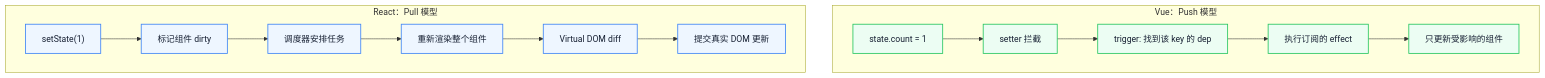
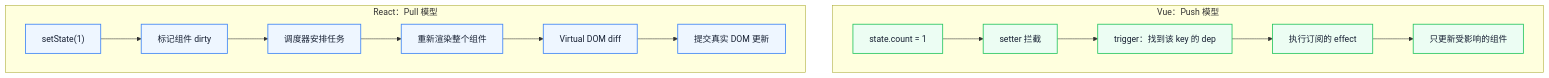
One commit to Fatejian/frontier-vault changed the third of 3 diagrams in docs/frameworks/vue3-reactivity.md. Above: the diagram before and after it, drawn with Mermaid. The commit also changed other lines of this file and 41 other files, not shown here.

````diff
--- a/docs/frameworks/vue3-reactivity.md
+++ b/docs/frameworks/vue3-reactivity.md
@@ -688,30 +637,29 @@
 ```mermaid
-%%{init: {'theme': 'base', 'themeVariables': { 'fontFamily': 'Inter, PingFang SC, Microsoft YaHei, sans-serif', 'primaryColor': '#EEF6FF', 'primaryTextColor': '#172033', 'primaryBorderColor': '#6EA8FE', 'lineColor': '#8A94A6', 'secondaryColor': '#F7F9FC', 'tertiaryColor': '#FFF7E6, 'fontSize': '13px'}}}%%
 flowchart TB
     subgraph Vue["Vue：Push 模型"]
         V1["state.count = 1"]
         V2["setter 拦截"]
-        V3["trigger: 找到该 key 的 dep"]
-        V4[执行订阅的 effect]
-        V5[只更新受影响的组件]
+        V3["trigger：找到该 key 的 dep"]
+        V4["执行订阅的 effect"]
+        V5["只更新受影响的组件"]
 
         V1 --> V2 --> V3 --> V4 --> V5
     end
 
     subgraph React["React：Pull 模型"]
         R1["setState(1)"]
         R2["标记组件 dirty"]
-        R3[调度器安排任务]
-        R4[重新渲染整个组件]
-        R5[Virtual DOM diff]
-        R6[提交真实 DOM 更新]
+        R3["调度器安排任务"]
+        R4["重新渲染整个组件"]
+        R5["Virtual DOM diff"]
+        R6["提交真实 DOM 更新"]
 
         R1 --> R2 --> R3 --> R4 --> R5 --> R6
     end
 
-    classDef vue fill:#ECFDF3,stroke:#22C55E,color:#172033,stroke-width:1.5px;
-    classDef react fill:#EEF6FF,stroke:#3B82F6,color:#172033,stroke-width:1.5px;
+    classDef work fill:#ECFDF3,stroke:#22C55E,color:#172033,stroke-width:1.5px;
+    classDef wait fill:#EEF6FF,stroke:#3B82F6,color:#172033,stroke-width:1.5px;
 
-    class V1,V2,V3,V4,V5 vue;
-    class R1,R2,R3,R4,R5,R6 react;
+    class V1,V2,V3,V4,V5 work;
+    class R1,R2,R3,R4,R5,R6 wait;
 ```
````
